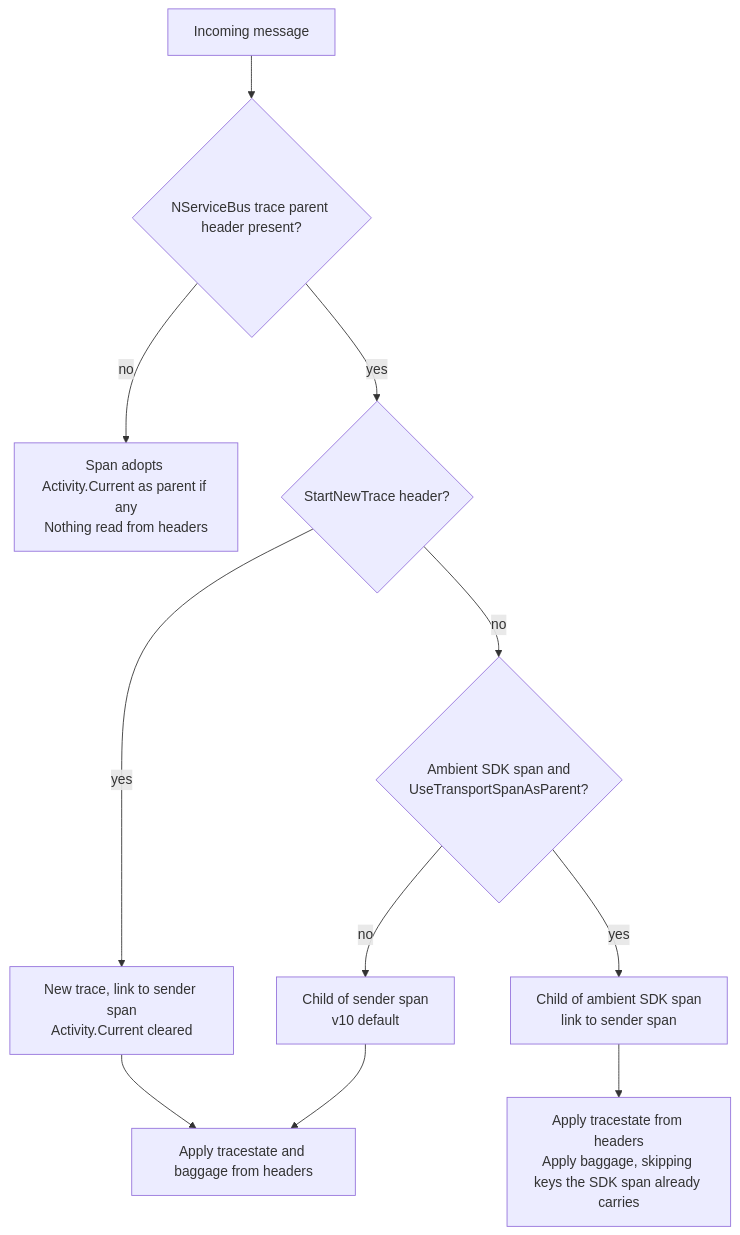
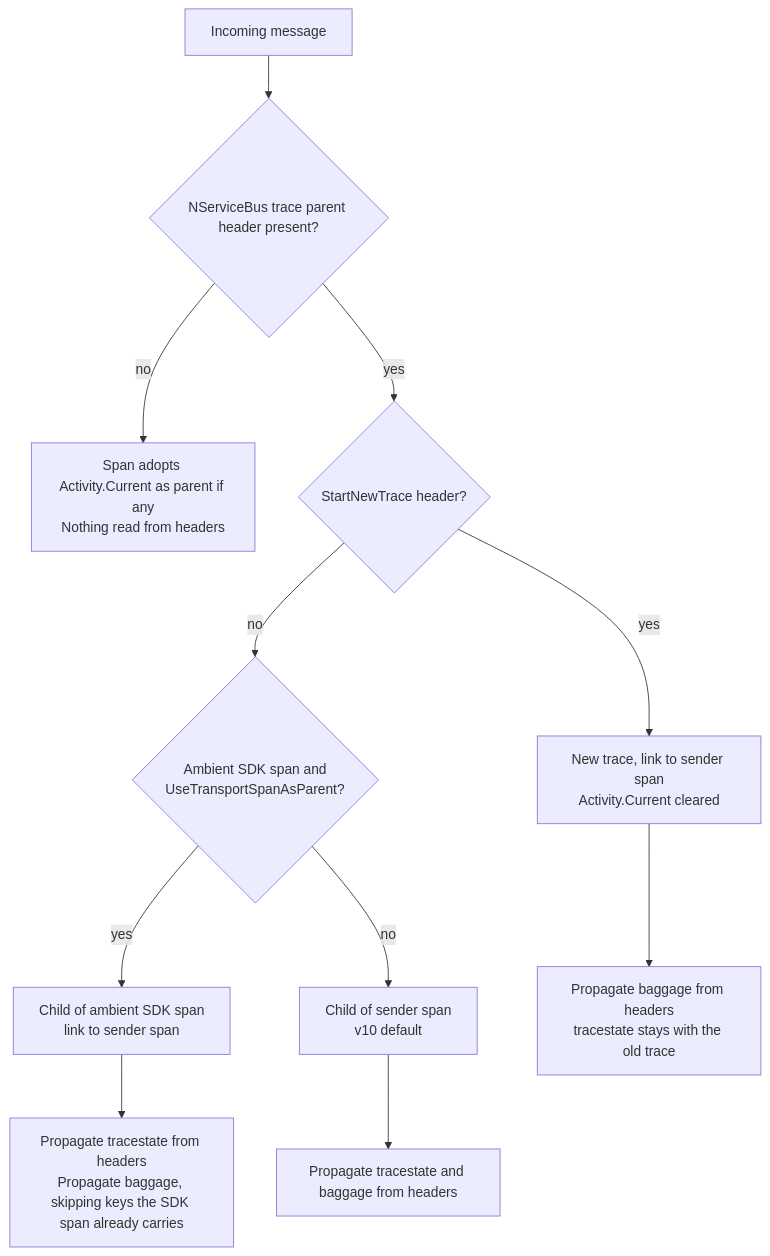
One commit to Particular/NServiceBus changed the diagram in docs/decisions/2026-10-01-receive-side-trace-state-and-baggage-propagation.md. Above: the diagram before and after it, drawn with Mermaid. The commit also changed other lines of this file and 7 other files, not shown here.

First line of the commit message:
✨ Start the incoming activity before propagating trace state and baggage

````diff
--- a/docs/decisions/2026-10-01-receive-side-trace-state-and-baggage-propagation.md
+++ b/docs/decisions/2026-10-01-receive-side-trace-state-and-baggage-propagation.md
@@ -13,13 +13,13 @@
 ```mermaid
 flowchart TD
     A[Incoming message] --> B{NServiceBus trace parent header present?}
     B -- no --> C[Span adopts Activity.Current as parent if any<br/>Nothing read from headers]
     B -- yes --> D{StartNewTrace header?}
     D -- yes --> E[New trace, link to sender span<br/>Activity.Current cleared]
     D -- no --> F{Ambient SDK span and<br/>UseTransportSpanAsParent?}
     F -- yes --> G[Child of ambient SDK span<br/>link to sender span]
     F -- no --> H[Child of sender span<br/>v10 default]
-    E --> I[Apply tracestate and baggage from headers]
-    G --> J[Apply tracestate from headers<br/>Apply baggage, skipping keys the SDK span already carries]
-    H --> I
+    E --> K[Propagate baggage from headers<br/>tracestate stays with the old trace]
+    G --> J[Propagate tracestate from headers<br/>Propagate baggage, skipping keys the SDK span already carries]
+    H --> I[Propagate tracestate and baggage from headers]
 ```
````
